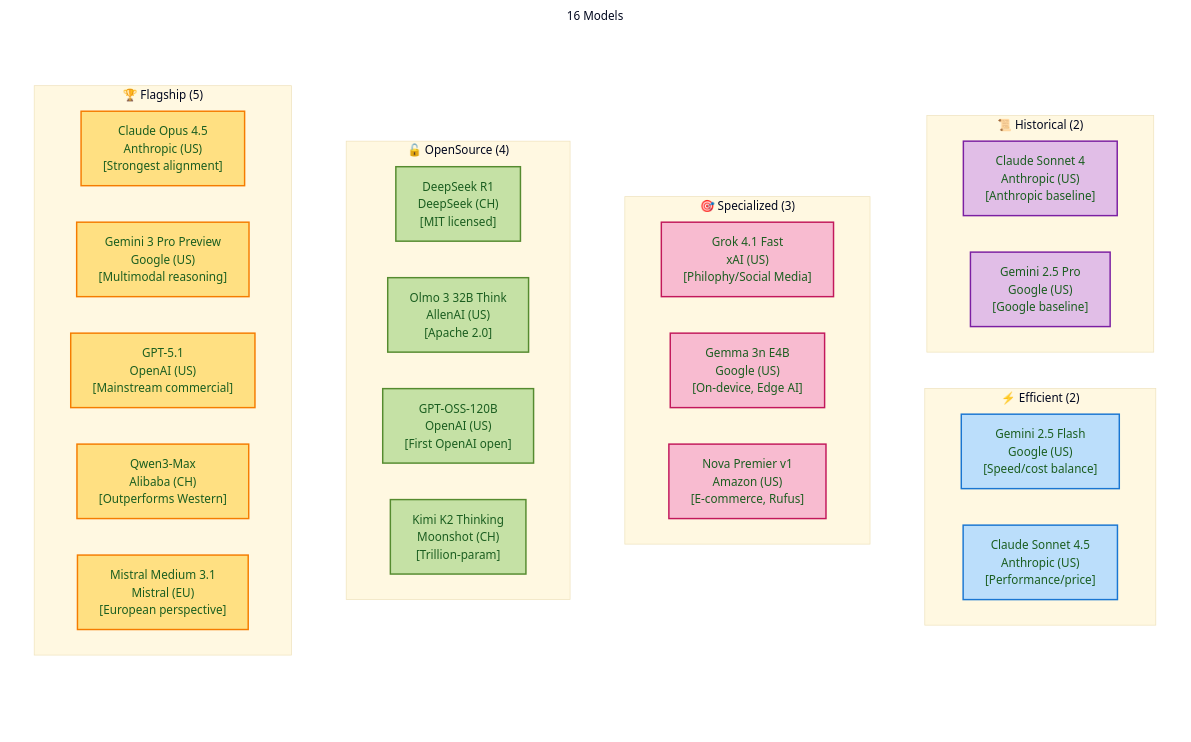
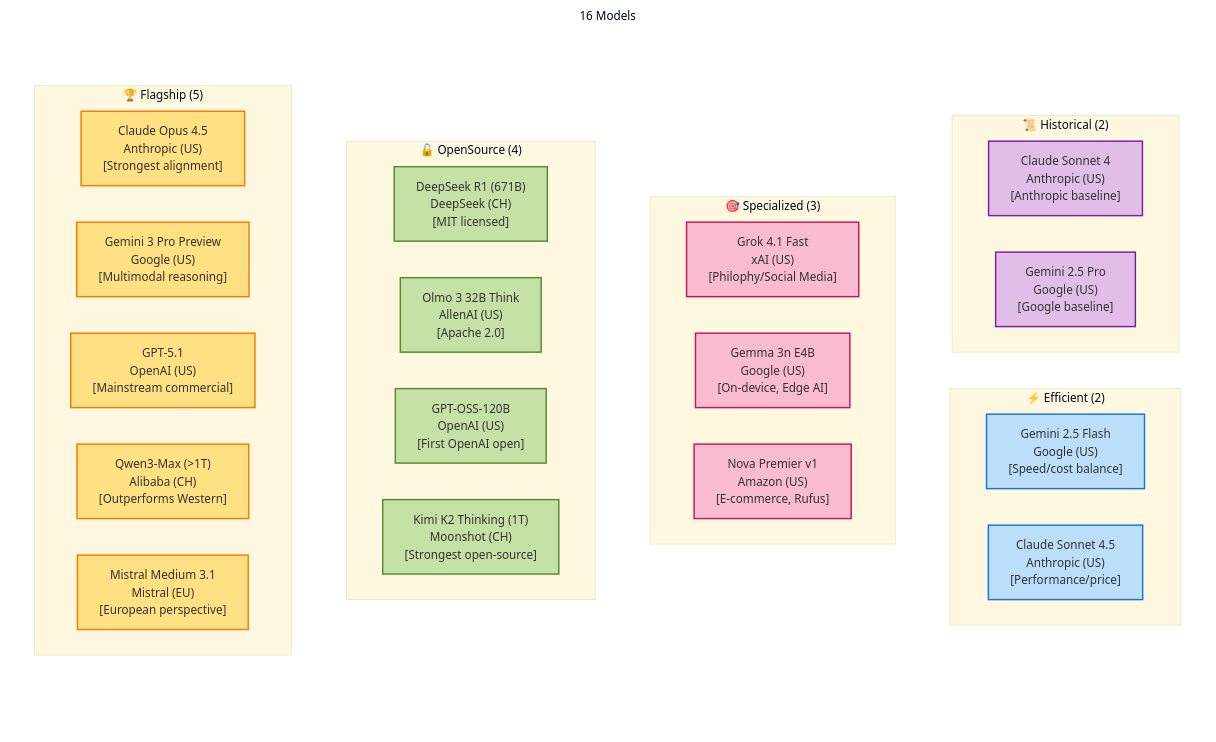
The diagram in src/benchmark/paid/SOTA_MODELS.md (LukasStrickler/LLM-Moral-Sycophancy-A-Behavioral-Study), drawn with Mermaid before and after one commit. The commit also changed 11 other files, not shown here.

````diff
--- a/src/benchmark/paid/SOTA_MODELS.md
+++ b/src/benchmark/paid/SOTA_MODELS.md
@@ -15,56 +15,55 @@
 ```mermaid
-%%{init: { "theme": "base", "themeVariables": { "primaryColor": "#E8F5E9", "primaryTextColor": "#1B5E20", "primaryBorderColor": "#43A047", "lineColor": "transparent", "secondaryColor": "#E3F2FD", "tertiaryColor": "#FFF8E1" }, "flowchart": { "useMaxWidth": true, "htmlLabels": true, "curve": "basis" } } }%%
+%%{init: { "theme": "base", "themeVariables": { "primaryColor": "#E8F5E9", "primaryTextColor": "", "primaryBorderColor": "#43A047", "lineColor": "transparent", "secondaryColor": "#E3F2FD", "tertiaryColor": "#FFF8E1" }, "flowchart": { "useMaxWidth": true, "htmlLabels": true, "curve": "basis" } } }%%
 flowchart
     subgraph MAIN["16 Models"]
         subgraph FLAGSHIP["🏆 Flagship (5)"]
             direction LR
             F1["Claude Opus 4.5<br/>Anthropic (US)<br/>[Strongest alignment]"]:::flagship
             F2["Gemini 3 Pro Preview<br/>Google (US)<br/>[Multimodal reasoning]"]:::flagship
             F3["GPT-5.1<br/>OpenAI (US)<br/>[Mainstream commercial]"]:::flagship
-            F4["Qwen3-Max<br/>Alibaba (CH)<br/>[Outperforms Western]"]:::flagship
+            F4["Qwen3-Max (>1T)<br/>Alibaba (CH)<br/>[Outperforms Western]"]:::flagship
             F5["Mistral Medium 3.1<br/>Mistral (EU)<br/>[European perspective]"]:::flagship
         end
         
         subgraph OPENSOURCE["🔓 OpenSource (4)"]
             direction LR
-            O1["DeepSeek R1<br/>DeepSeek (CH)<br/>[MIT licensed]"]:::opensource
+            O1["DeepSeek R1 (671B)<br/>DeepSeek (CH)<br/>[MIT licensed]"]:::opensource
             O2["Olmo 3 32B Think<br/>AllenAI (US)<br/>[Apache 2.0]"]:::opensource
             O3["GPT-OSS-120B<br/>OpenAI (US)<br/>[First OpenAI open]"]:::opensource
-            O4["Kimi K2 Thinking<br/>Moonshot (CH)<br/>[Trillion-param]"]:::opensource
+            O4["Kimi K2 Thinking (1T)<br/>Moonshot (CH)<br/>[Strongest open-source]"]:::opensource
         end
 
         subgraph SPECIALIZED["🎯 Specialized (3)"]
             direction LR
             S1["Grok 4.1 Fast<br/>xAI (US)<br/>[Philophy/Social Media]"]:::specialized
             S2["Gemma 3n E4B<br/>Google (US)<br/>[On-device, Edge AI]"]:::specialized
             S3["Nova Premier v1<br/>Amazon (US)<br/>[E-commerce, Rufus]"]:::specialized
         end
         
         subgraph EFFICIENT["⚡ Efficient (2)"]
             direction LR
             E1["Gemini 2.5 Flash<br/>Google (US)<br/>[Speed/cost balance]"]:::efficient
             E2["Claude Sonnet 4.5<br/>Anthropic (US)<br/>[Performance/price]"]:::efficient
         end
         
-
         
         subgraph HISTORICAL["📜 Historical (2)"]
             direction LR
             H1["Claude Sonnet 4<br/>Anthropic (US)<br/>[Anthropic baseline]"]:::historical
             H2["Gemini 2.5 Pro<br/>Google (US)<br/>[Google baseline]"]:::historical
         end
     end
     
     FLAGSHIP ~~~ OPENSOURCE
     OPENSOURCE ~~~ SPECIALIZED
     SPECIALIZED ~~~ EFFICIENT
     SPECIALIZED ~~~ HISTORICAL
     
     classDef flagship fill:#FFE082,stroke:#F57C00,stroke-width:2px
     classDef opensource fill:#C5E1A5,stroke:#558B2F,stroke-width:2px
     classDef efficient fill:#BBDEFB,stroke:#1976D2,stroke-width:2px
     classDef specialized fill:#F8BBD0,stroke:#C2185B,stroke-width:2px
     classDef historical fill:#E1BEE7,stroke:#7B1FA2,stroke-width:2px
     
     style MAIN fill:transparent,stroke:transparent
 ```
````
